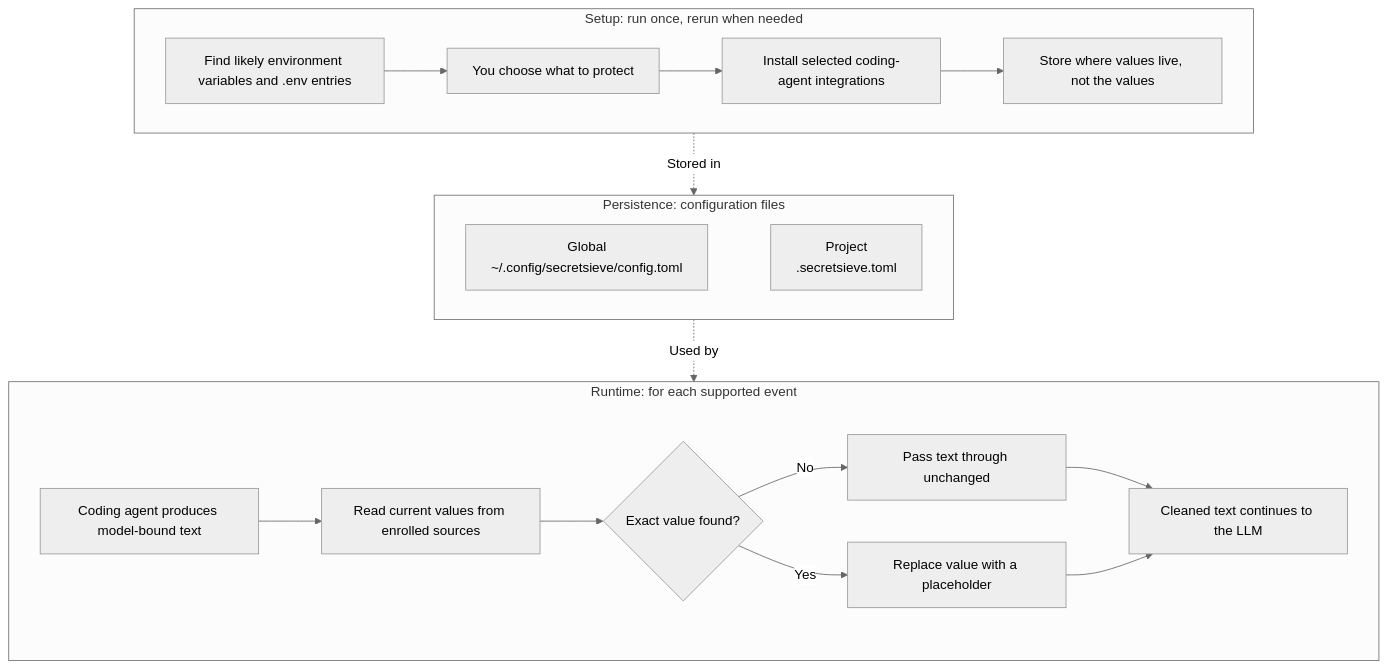
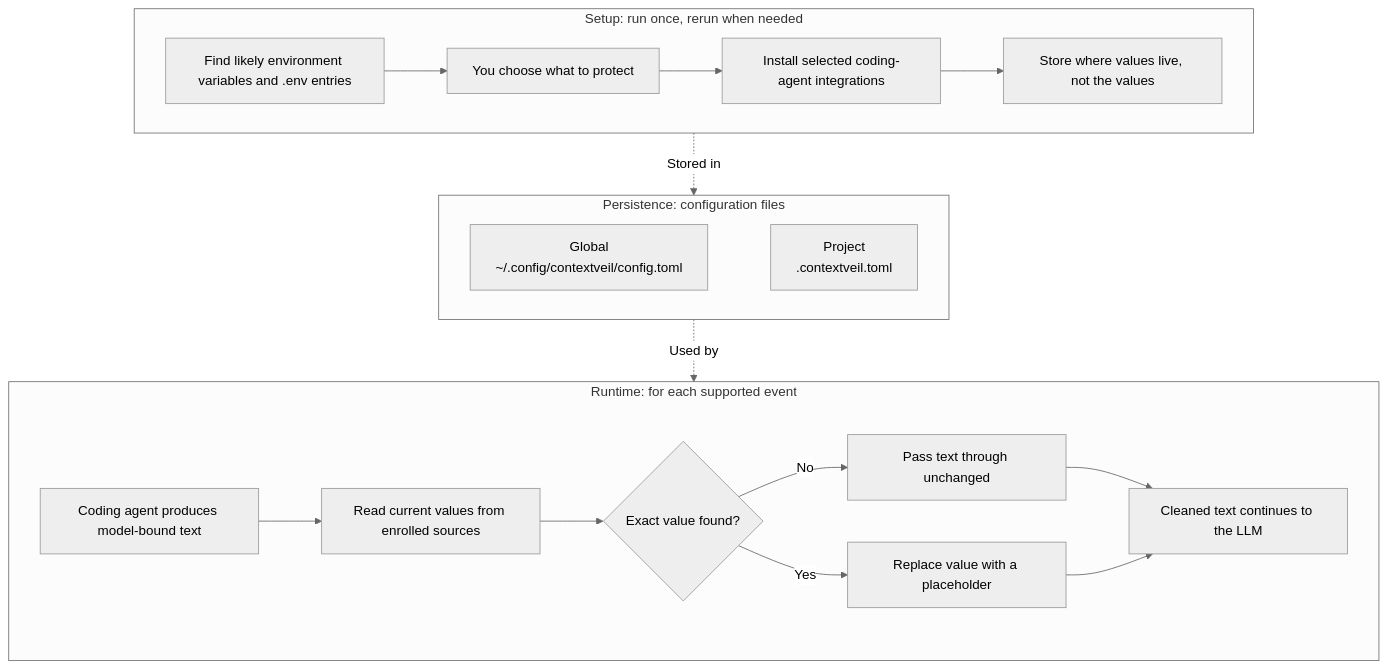
Before and after one commit to daniel-sc/contextveil: the diagram in README.md, drawn with Mermaid (neutral theme). The commit also changed other lines of this file and 58 other files, not shown here.

````diff
--- a/README.md
+++ b/README.md
@@ -58,35 +54,35 @@
 ```mermaid
 flowchart TD
     subgraph setup [Setup: run once, rerun when needed]
         direction LR
         A[Find likely environment variables and .env entries]
         B[You choose what to protect]
         C[Install selected coding-agent integrations]
         D[Store where values live, not the values]
         A --> B --> C --> D
     end
 
 
     subgraph persistence [Persistence: configuration files]
       direction LR
-      X[Global<br>~/.config/secretsieve/config.toml]
-      Y[Project<br>.secretsieve.toml]
+      X[Global<br>~/.config/contextveil/config.toml]
+      Y[Project<br>.contextveil.toml]
       X ~~~ Y
     end
 
     subgraph runtime [Runtime: for each supported event]
         direction LR
         E[Coding agent produces model-bound text]
         F[Read current values from enrolled sources]
         G{Exact value found?}
         H[Pass text through unchanged]
         I[Replace value with a placeholder]
         J[Cleaned text continues to the LLM]
         E --> F --> G
         G -- No --> H --> J
         G -- Yes --> I --> J
     end
 
     setup -. Stored in .-> persistence
     persistence -. Used by .-> runtime
 ```
````
